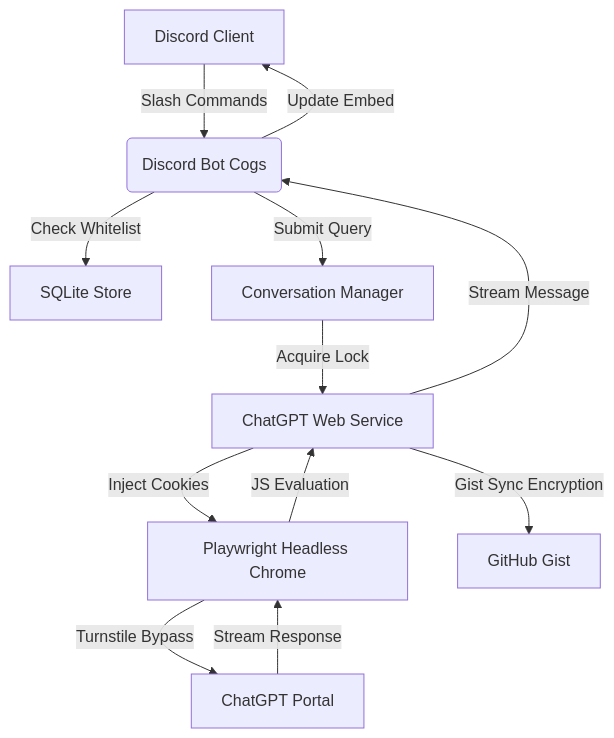
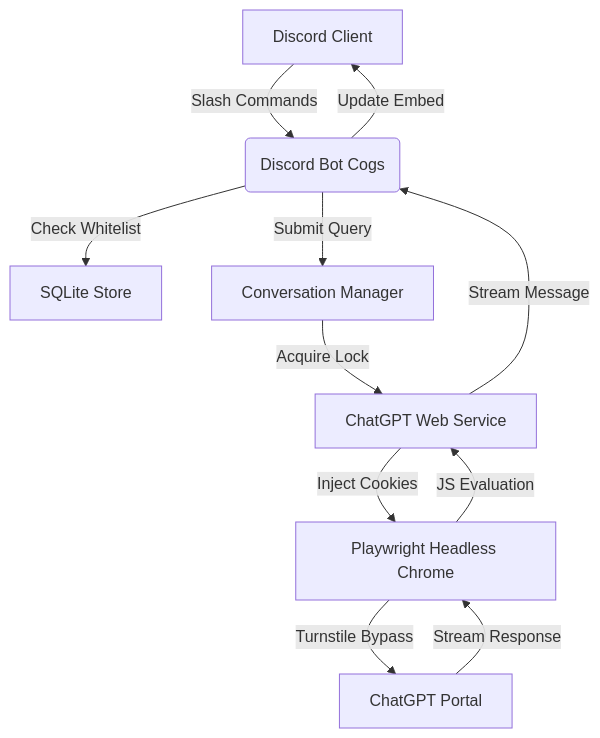
The diagram in README.md (keepsloading/Boundier-bot), drawn with Mermaid before and after one commit. The commit also changed other lines of this file, not shown here.

Commit message:
docs: remove private framing, add /read to cmd list, fix config block (max_users, timeout), clean Gist from arch diagram

````diff
--- a/README.md
+++ b/README.md
@@ -49,14 +49,13 @@
 ```mermaid
 graph TD
     A[Discord Client] -->|Slash Commands| B(Discord Bot Cogs)
     B -->|Check Whitelist| H[SQLite Store]
     B -->|Submit Query| C[Conversation Manager]
     C -->|Acquire Lock| E[ChatGPT Web Service]
     E -->|Inject Cookies| F[Playwright Headless Chrome]
     F -->|Turnstile Bypass| G[ChatGPT Portal]
     G -->|Stream Response| F
     F -->|JS Evaluation| E
-    E -->|Gist Sync Encryption| I[GitHub Gist]
     E -->|Stream Message| B
     B -->|Update Embed| A
 ```
````
